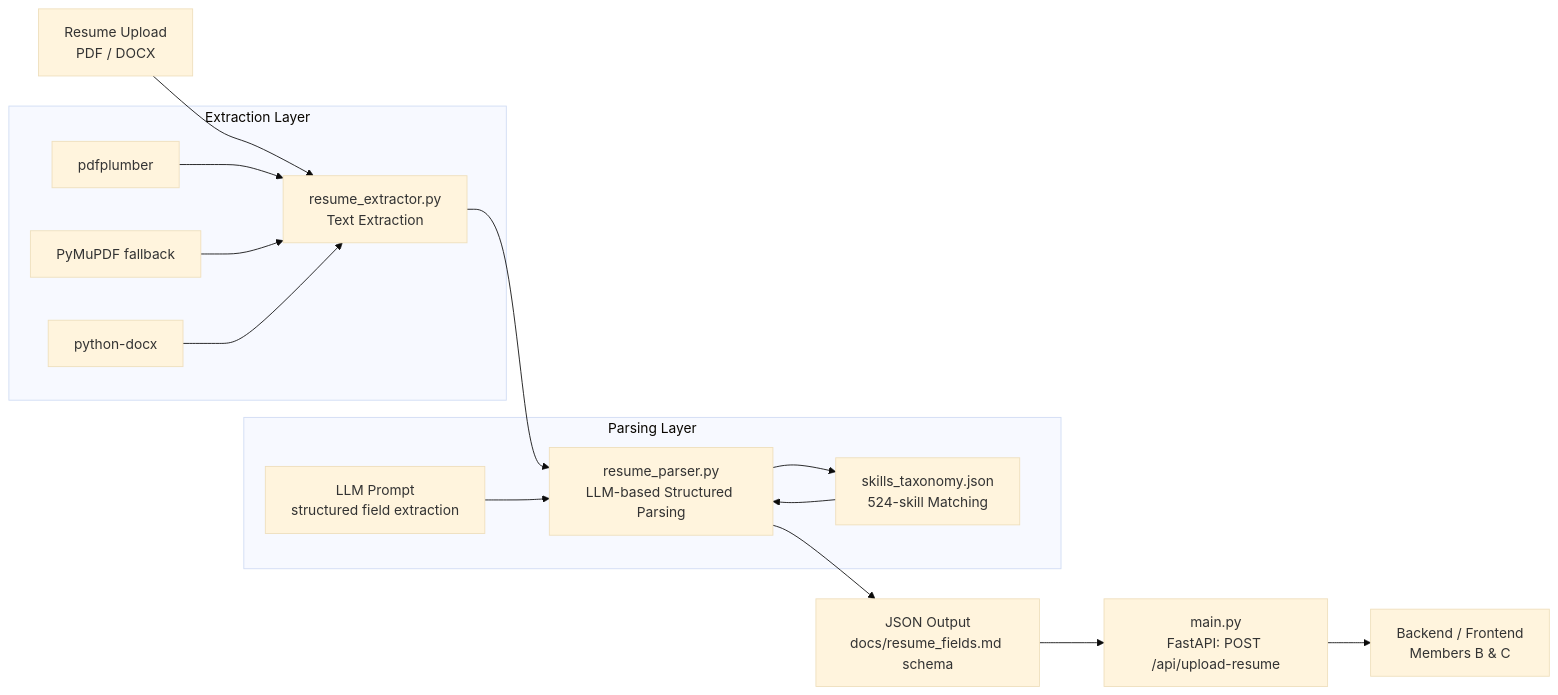
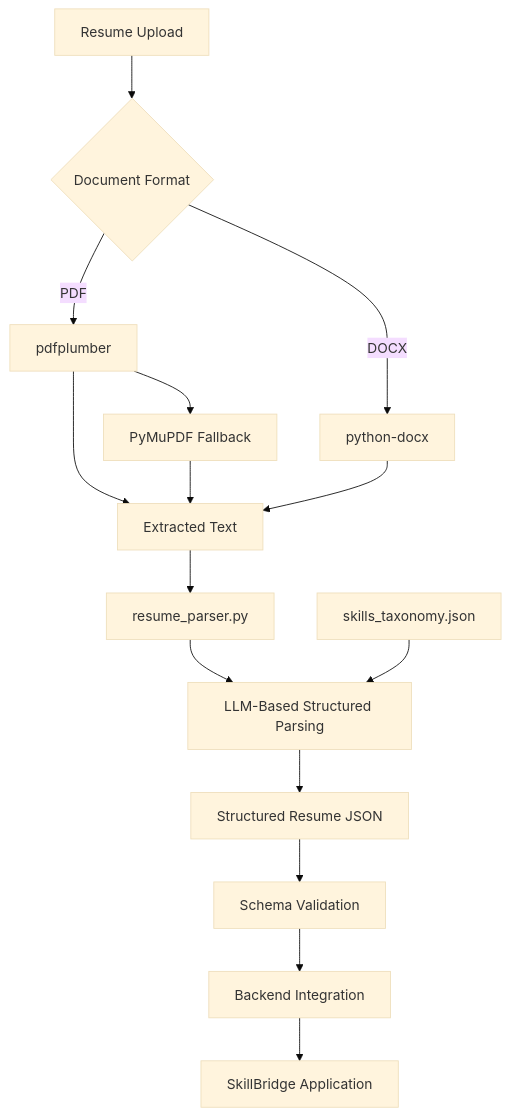
Before and after one commit to Padmapv28/skill_bridge: the first of 2 diagrams in ml/README.md, drawn with Mermaid (base theme). The commit also changed other lines of this file and 1 other file, not shown here.

````diff
--- a/ml/README.md
+++ b/ml/README.md
@@ -7,22 +39,20 @@
 ```mermaid
-flowchart LR
-    A[Resume Upload<br/>PDF / DOCX] --> B[resume_extractor.py<br/>Text Extraction]
-    B --> C[resume_parser.py<br/>LLM-based Structured Parsing]
-    C --> D[skills_taxonomy.json<br/>524-skill Matching]
-    C --> E[JSON Output<br/>docs/resume_fields.md schema]
-    E --> F[main.py<br/>FastAPI: POST /api/upload-resume]
-    F --> G[Backend / Frontend<br/>Members B & C]
+flowchart TD
+    A[Resume Upload] --> B{Document Format}
+    B -->|PDF| C[pdfplumber]
+    B -->|DOCX| D[python-docx]
 
-    subgraph Extraction Layer
-        B
-        B1[pdfplumber] --> B
-        B2[PyMuPDF fallback] --> B
-        B3[python-docx] --> B
-    end
+    C --> E[PyMuPDF Fallback]
+    C --> F[Extracted Text]
+    E --> F
+    D --> F
 
-    subgraph Parsing Layer
-        C
-        C1[LLM Prompt<br/>structured field extraction] --> C
-        D --> C
-    end
+    F --> G[resume_parser.py]
+    G --> H[LLM-Based Structured Parsing]
+    I[skills_taxonomy.json] --> H
+
+    H --> J[Structured Resume JSON]
+    J --> K[Schema Validation]
+    K --> L[Backend Integration]
+    L --> M[SkillBridge Application]
 ```
````
